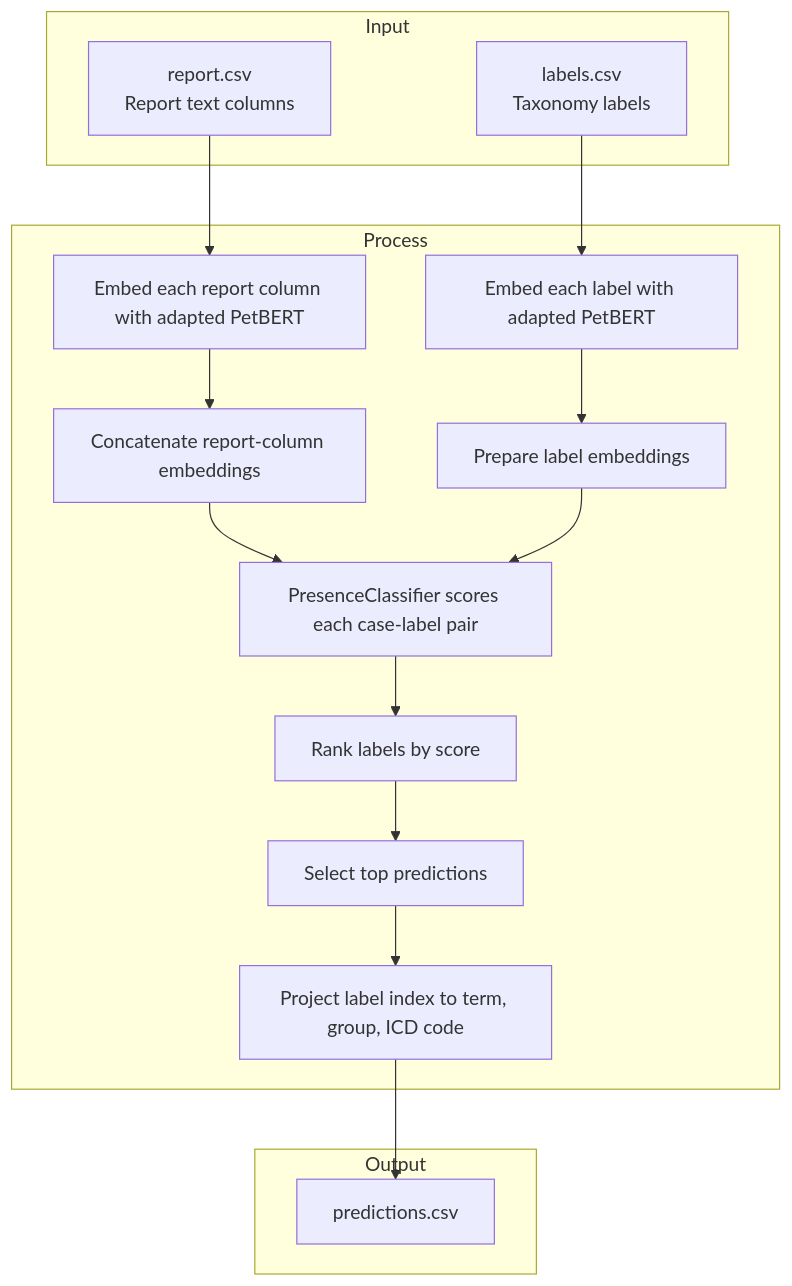
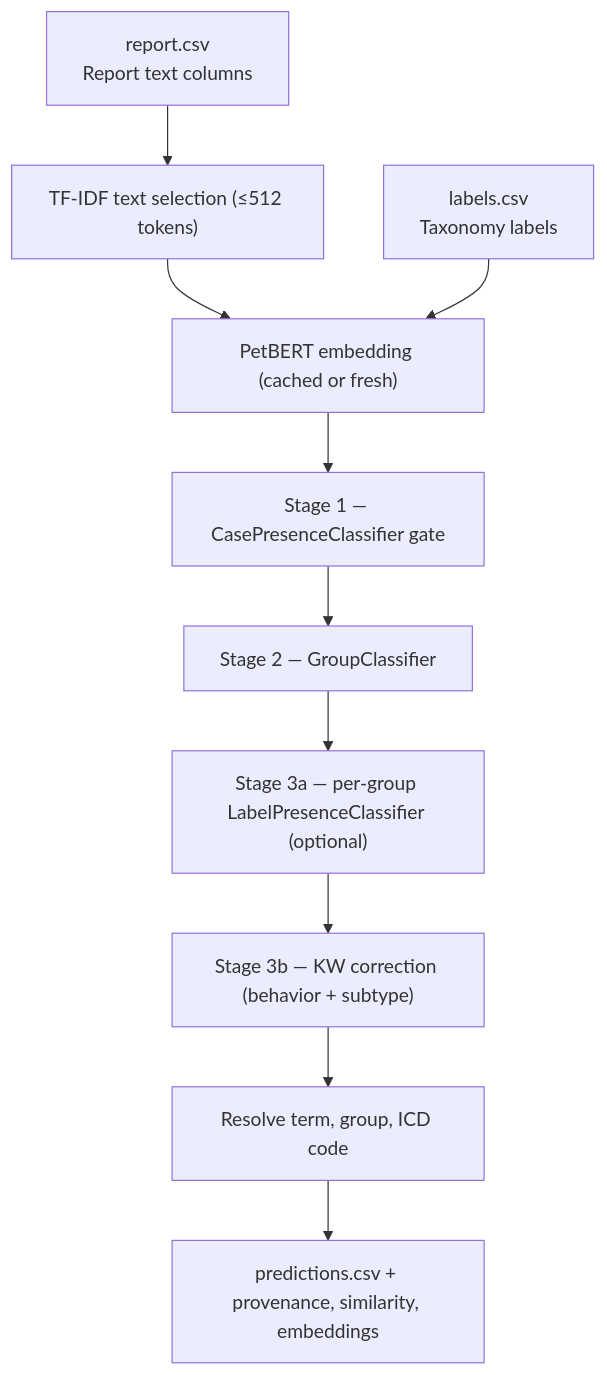
One commit to YugrajD/UC-Davis-VMTH-Cancer-Registry changed the diagram in ml/documentation/production-pipeline.md. Above: the diagram before and after it, drawn with Mermaid. The commit also changed other lines of this file and 73 other files, not shown here.

````diff
--- a/ml/documentation/production-pipeline.md
+++ b/ml/documentation/production-pipeline.md
@@ -27,33 +39,17 @@
 ```mermaid
 flowchart TD
-    subgraph IN3["Input"]
-        A["report.csv<br/>Report text columns"]
-        C["labels.csv<br/>Taxonomy labels"]
-    end
+    A["report.csv<br/>Report text columns"]
+    C["labels.csv<br/>Taxonomy labels"]
+    B["TF-IDF text selection (≤512 tokens)"]
+    D["PetBERT embedding (cached or fresh)"]
+    S1["Stage 1 — CasePresenceClassifier gate"]
+    S2["Stage 2 — GroupClassifier"]
+    S3a["Stage 3a — per-group LabelPresenceClassifier (optional)"]
+    S3b["Stage 3b — KW correction (behavior + subtype)"]
+    R["Resolve term, group, ICD code"]
+    K["predictions.csv + provenance, similarity, embeddings"]
 
-    subgraph P3["Process"]
-        B["Embed each report column with adapted PetBERT"]
-        D["Embed each label with adapted PetBERT"]
-        E["Concatenate report-column embeddings"]
-        F["Prepare label embeddings"]
-        G["PresenceClassifier scores each case-label pair"]
-        H["Rank labels by score"]
-        I["Select top predictions"]
-        J["Project label index to term, group, ICD code"]
-    end
-
-    subgraph OUT3["Output"]
-        K["predictions.csv"]
-    end
-
-    A --> B
+    A --> B --> D
     C --> D
-    B --> E
-    D --> F
-    E --> G
-    F --> G
-    G --> H
-    H --> I
-    I --> J
-    J --> K
+    D --> S1 --> S2 --> S3a --> S3b --> R --> K
 ```
````
